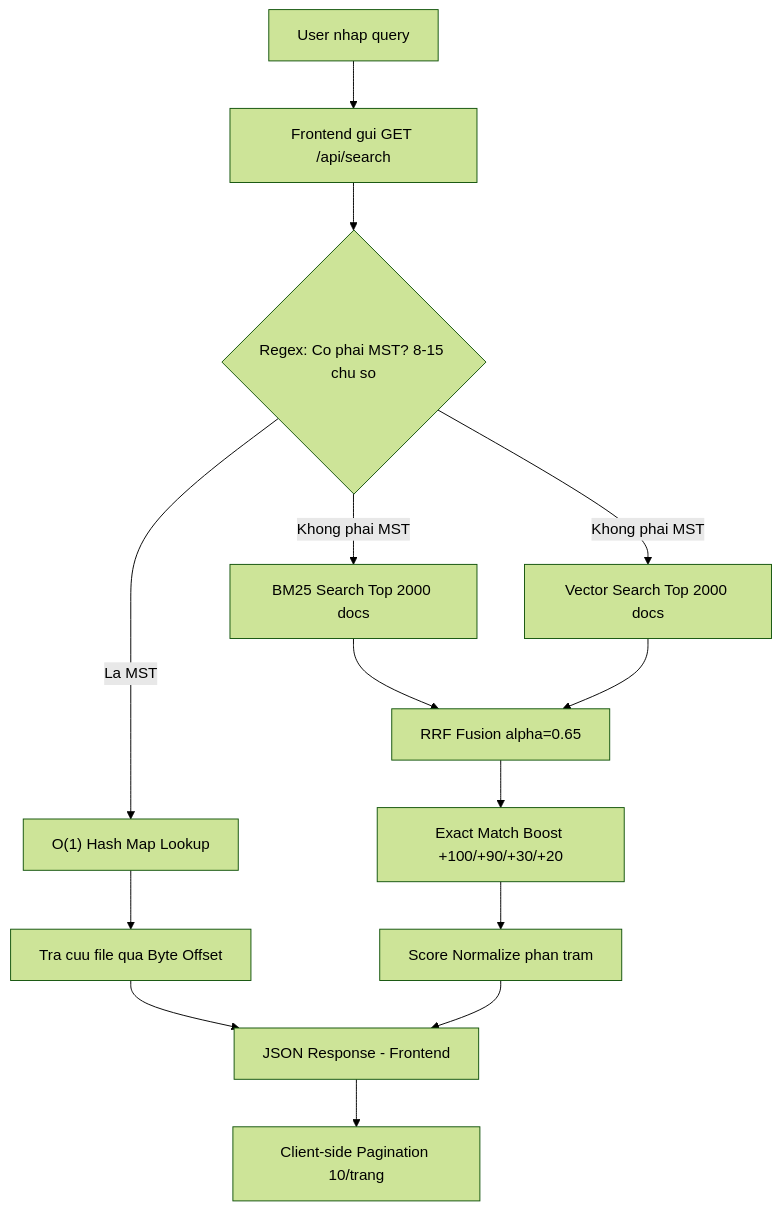
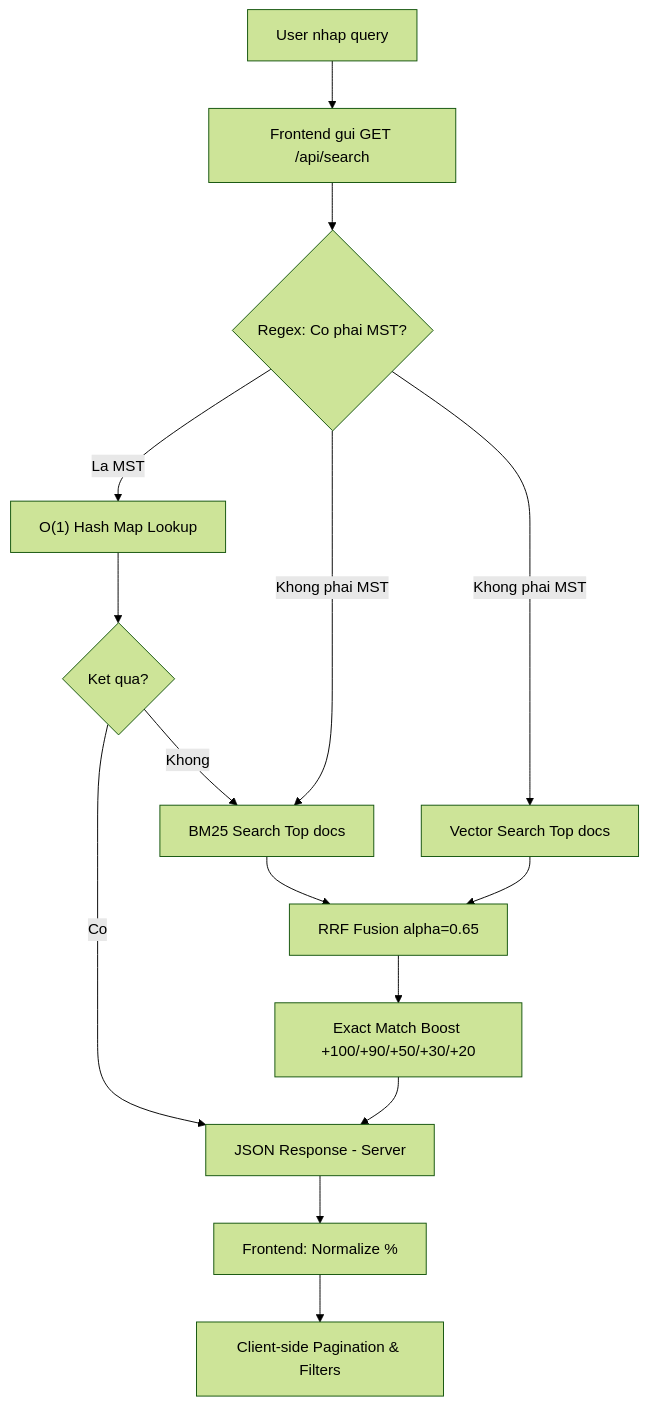
The second of 3 diagrams in docs/Milestone3_Report.md (SEG301/OverFitting), drawn with Mermaid (forest theme) before and after one commit. The commit also changed other lines of this file, not shown here.

Commit message:
docs: update Milestone 3 architecture diagrams and boost parameters to match code

````diff
--- a/docs/Milestone3_Report.md
+++ b/docs/Milestone3_Report.md
@@ -69,20 +74,22 @@
 ```mermaid
 flowchart TD
     A[User nhap query] --> B[Frontend gui GET /api/search]
-    B --> C{Regex: Co phai MST? 8-15 chu so}
+    B --> C{Regex: Co phai MST?}
 
     C -- La MST --> D["O(1) Hash Map Lookup"]
-    D --> E[Tra cuu file qua Byte Offset]
-    E --> K[JSON Response - Frontend]
+    D --> E{Ket qua?}
+    E -- Co --> K[JSON Response - Server]
+    E -- Khong --> F
 
-    C -- Khong phai MST --> F[BM25 Search Top 2000 docs]
-    C -- Khong phai MST --> G[Vector Search Top 2000 docs]
+    C -- Khong phai MST --> F[BM25 Search Top docs]
+    C -- Khong phai MST --> G[Vector Search Top docs]
 
     F --> H[RRF Fusion alpha=0.65]
     G --> H
 
-    H --> I[Exact Match Boost +100/+90/+30/+20]
-    I --> J[Score Normalize phan tram]
-    J --> K
-    K --> L[Client-side Pagination 10/trang]
+    H --> I[Exact Match Boost +100/+90/+50/+30/+20]
+    I --> K
+    
+    K --> J[Frontend: Normalize %]
+    J --> L[Client-side Pagination & Filters]
 ```
````
